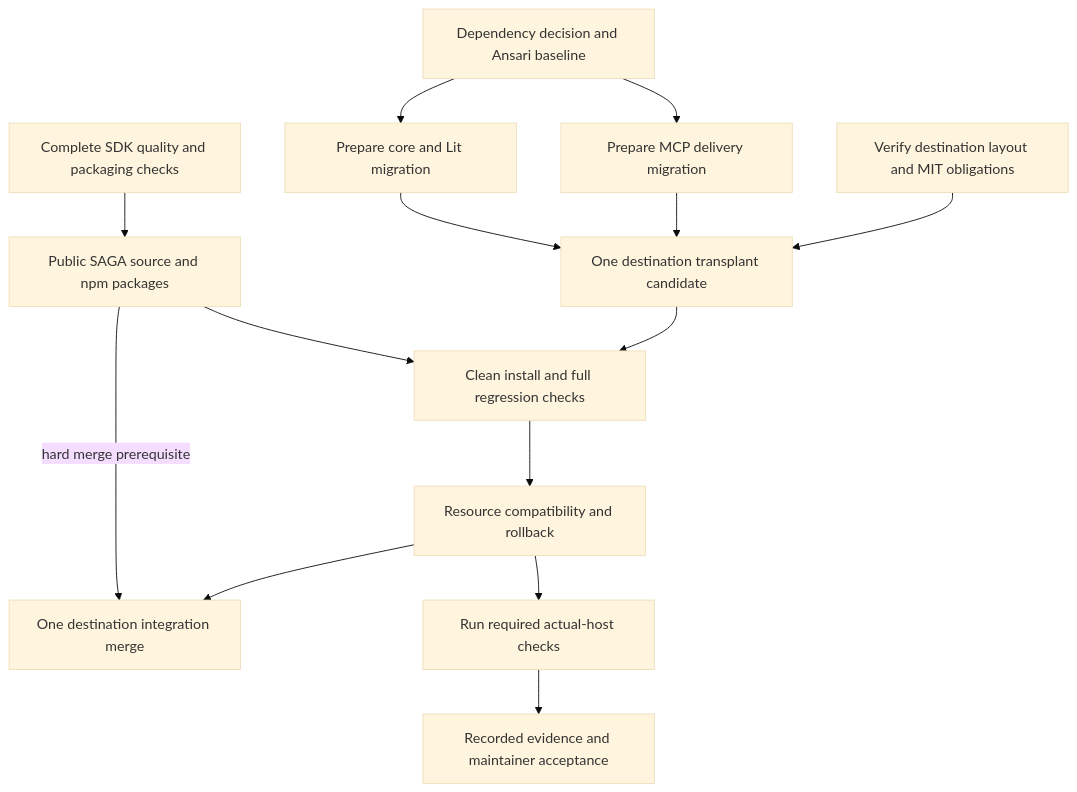
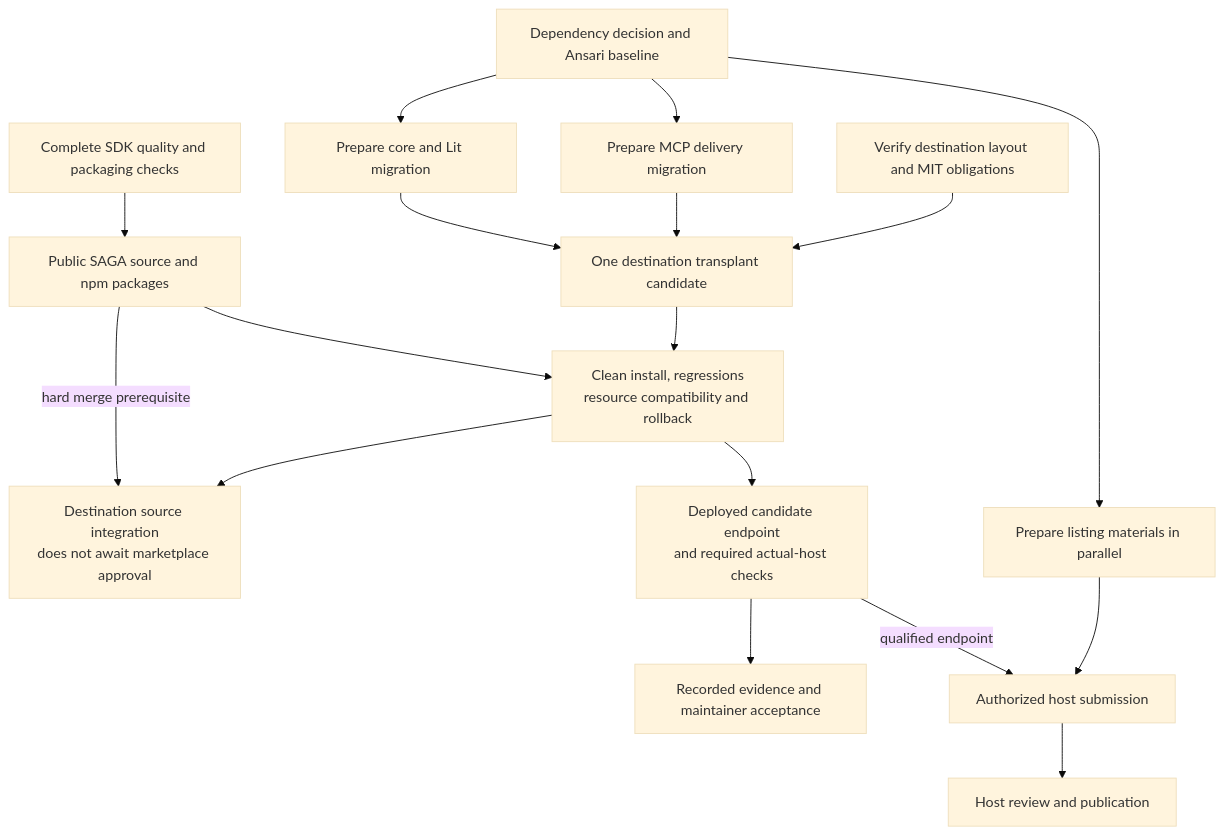
The diagram in diagrams/ansari-adoption.mmd (MachineWisdomAI/saga-a2ui), drawn with Mermaid (base theme) before and after one commit. The commit also changed 11 other files, not shown here.

Commit message:
docs: add host publication proposal and Ansari distribution

```diff
--- a/diagrams/ansari-adoption.mmd
+++ b/diagrams/ansari-adoption.mmd
@@ -1,14 +1,17 @@
 flowchart TD
   baseline[Dependency decision and Ansari baseline] --> server[Prepare MCP delivery migration]
   baseline --> view[Prepare core and Lit migration]
   destination[Verify destination layout and MIT obligations] --> candidate[One destination transplant candidate]
   server --> candidate
   view --> candidate
   sdk[Complete SDK quality and packaging checks] --> npm[Public SAGA source and npm packages]
-  candidate --> clean[Clean install and full regression checks]
-  npm --> clean
-  clean --> resource[Resource compatibility and rollback]
-  resource --> merge[One destination integration merge]
+  candidate --> checks["Clean install, regressions<br/>resource compatibility and rollback"]
+  npm --> checks
+  checks --> merge["Destination source integration<br/>does not await marketplace approval"]
   npm -->|hard merge prerequisite| merge
-  resource --> hosts[Run required actual-host checks]
+  checks --> hosts["Deployed candidate endpoint<br/>and required actual-host checks"]
   hosts --> acceptance[Recorded evidence and maintainer acceptance]
+  baseline --> listingprep[Prepare listing materials in parallel]
+  listingprep --> submit[Authorized host submission]
+  hosts -->|qualified endpoint| submit
+  submit --> listing[Host review and publication]
```
